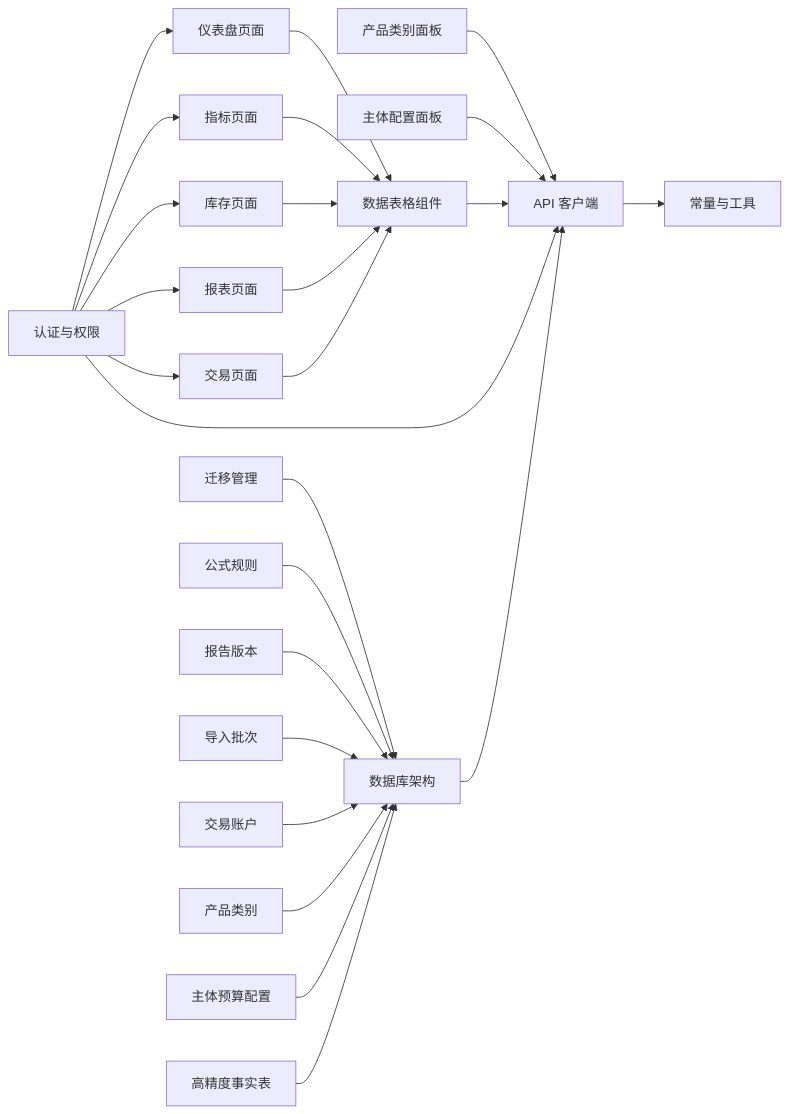
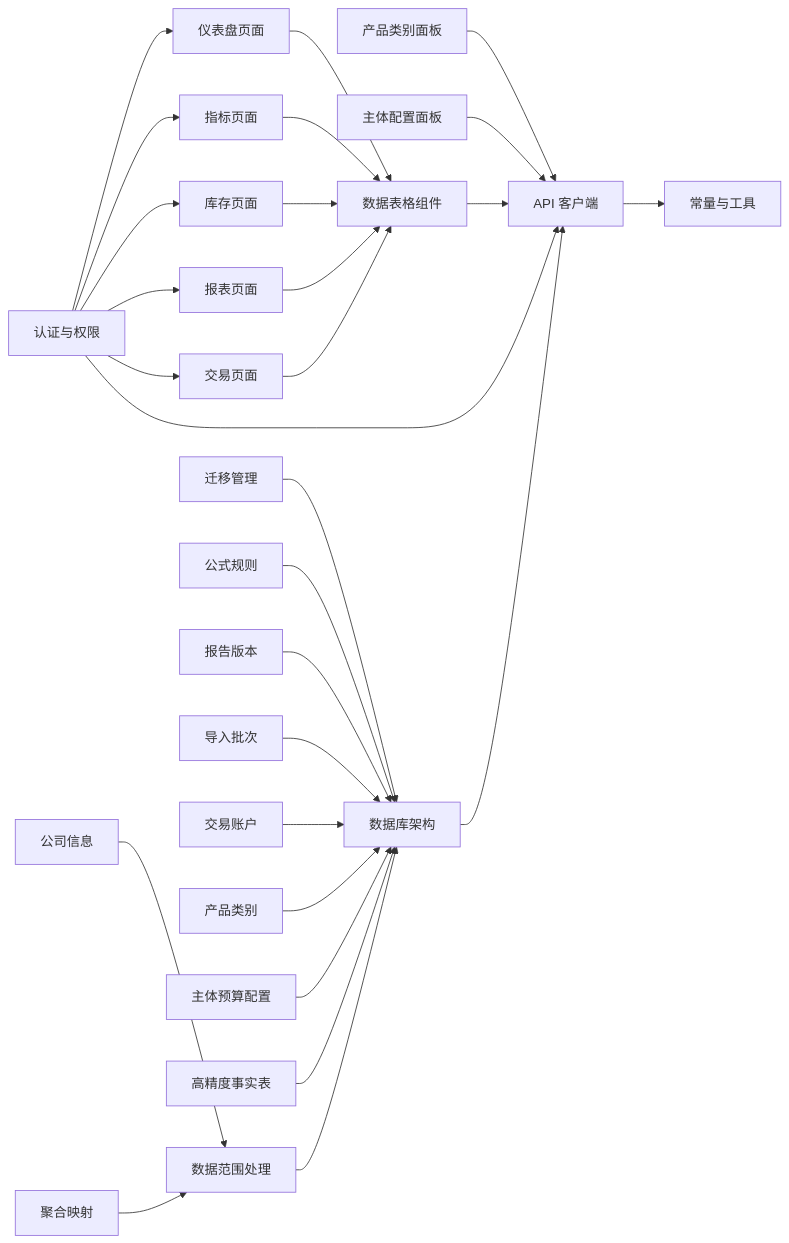
One commit to Damao997/newproject changed diagram 12 of 13 in .qoder/repowiki/zh/content/架构设计/数据库架构设计.md. Above: the diagram before and after it, drawn with Mermaid. The commit also changed other lines of this file and 62 other files, not shown here.

````diff
--- a/.qoder/repowiki/zh/content/架构设计/数据库架构设计.md
+++ b/.qoder/repowiki/zh/content/架构设计/数据库架构设计.md
@@ -487,27 +603,30 @@
 ```mermaid
 graph LR
 Dashboard["仪表盘页面"] --> DataTable["数据表格组件"]
 Indicators["指标页面"] --> DataTable
 Inventory["库存页面"] --> DataTable
 Reports["报表页面"] --> DataTable
 Transactions["交易页面"] --> DataTable
 ProductCategoryPanel["产品类别面板"] --> API["API 客户端"]
 SubjectBudgetPanel["主体配置面板"] --> API
 DataTable --> API
 API --> Constants["常量与工具"]
 Auth["认证与权限"] --> API
 Auth --> Dashboard
 Auth --> Indicators
 Auth --> Inventory
 Auth --> Reports
 Auth --> Transactions
 Schema["数据库架构"] --> API
 Migration["迁移管理"] --> Schema
 FormulaRules["公式规则"] --> Schema
 ReportVersions["报告版本"] --> Schema
 ImportBatches["导入批次"] --> Schema
 TransactionAccounts["交易账户"] --> Schema
 ProductCategories["产品类别"] --> Schema
 SubjectBudgets["主体预算配置"] --> Schema
 HighPrecision["高精度事实表"] --> Schema
+DataScope["数据范围处理"] --> Schema
+CompanyInfo["公司信息"] --> DataScope
+AggregationMap["聚合映射"] --> DataScope
 ```
````
